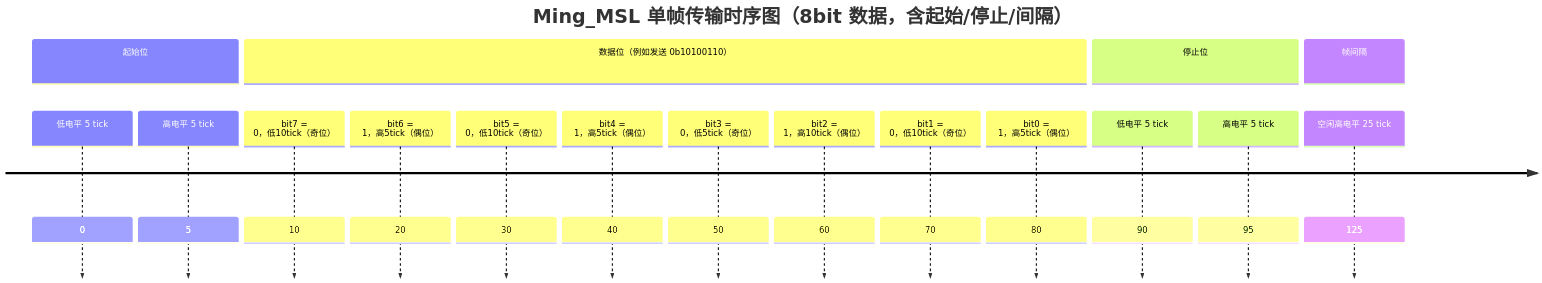
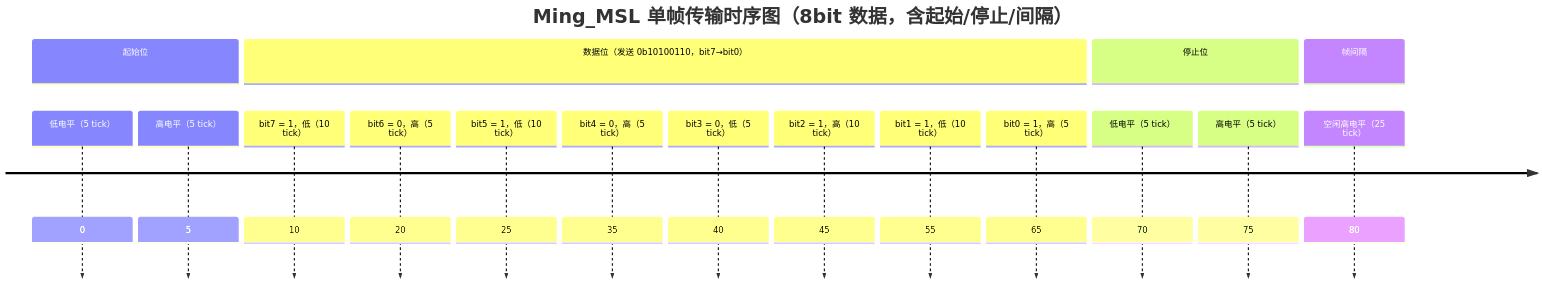
Before and after one commit to minglie/ming_msl: the diagram in README.md, drawn with Mermaid.

````diff
--- a/README.md
+++ b/README.md
@@ -104,26 +104,27 @@
 ``` mermaid 
 %%{init: {'theme': 'default'}}%%
 timeline
     title Ming_MSL 单帧传输时序图（8bit 数据，含起始/停止/间隔）
 
     section 起始位
-    低电平 5 tick: 0
-    高电平 5 tick: 5
+    低电平（5 tick）: 0
+    高电平（5 tick）: 5
 
-    section 数据位（例如发送 0b10100110）
-    bit7 = 0，低10tick（奇位）: 10
-    bit6 = 1，高5tick（偶位）: 20
-    bit5 = 0，低10tick（奇位）: 30
-    bit4 = 1，高5tick（偶位）: 40
-    bit3 = 0，低5tick（奇位）: 50
-    bit2 = 1，高10tick（偶位）: 60
-    bit1 = 0，低10tick（奇位）: 70
-    bit0 = 1，高5tick（偶位）: 80
+    section 数据位（发送 0b10100110，bit7→bit0）
+    bit7 = 1，低（10 tick）: 10
+    bit6 = 0，高（5 tick）: 20
+    bit5 = 1，低（10 tick）: 25
+    bit4 = 0，高（5 tick）: 35
+    bit3 = 0，低（5 tick）: 40
+    bit2 = 1，高（10 tick）: 45
+    bit1 = 1，低（10 tick）: 55
+    bit0 = 1，高（5 tick）: 65
 
     section 停止位
-    低电平 5 tick: 90
-    高电平 5 tick: 95
+    低电平（5 tick）: 70
+    高电平（5 tick）: 75
 
     section 帧间隔
-    空闲高电平 25 tick: 125
+    空闲高电平（25 tick）: 80
+
 ```
````
